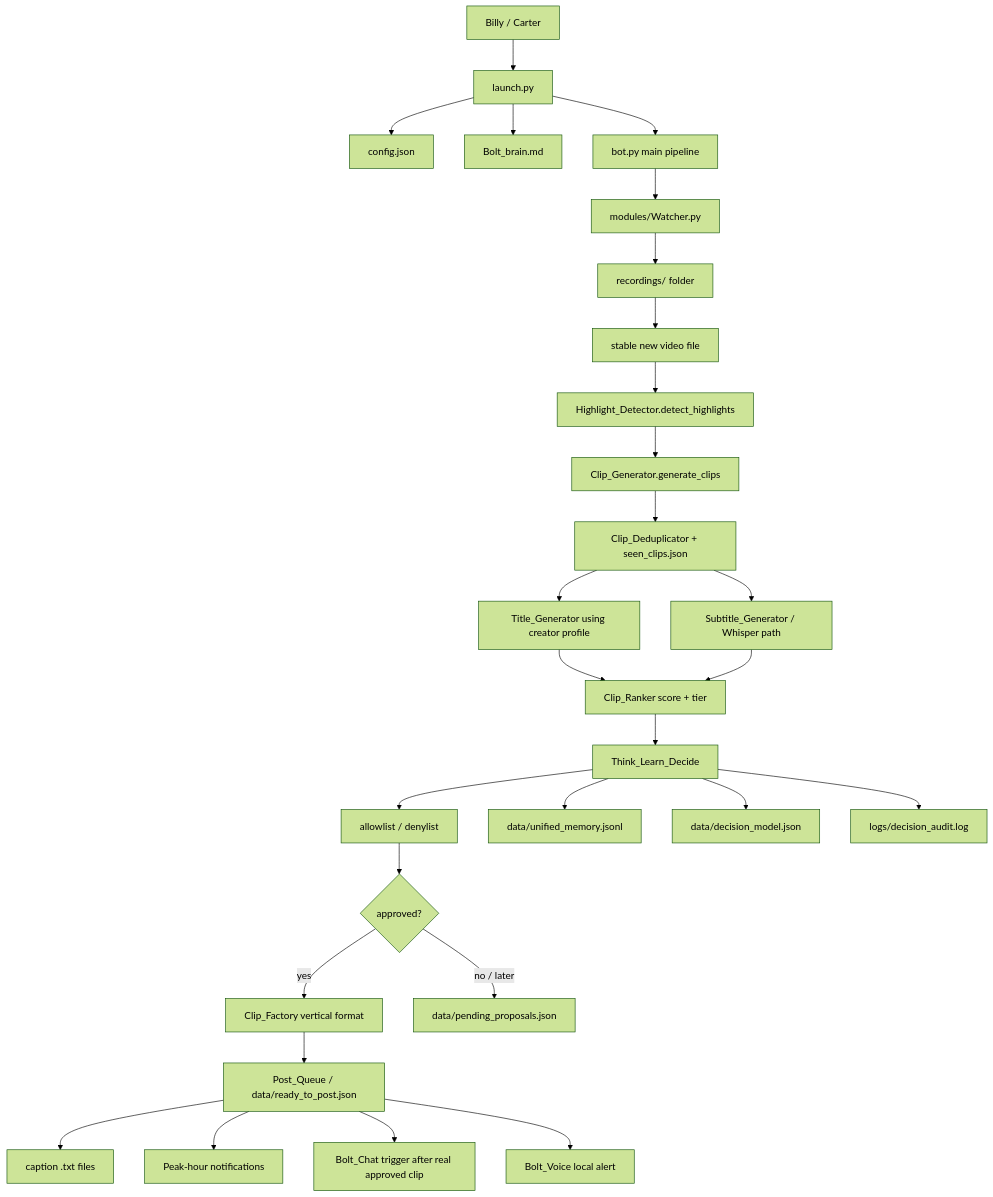
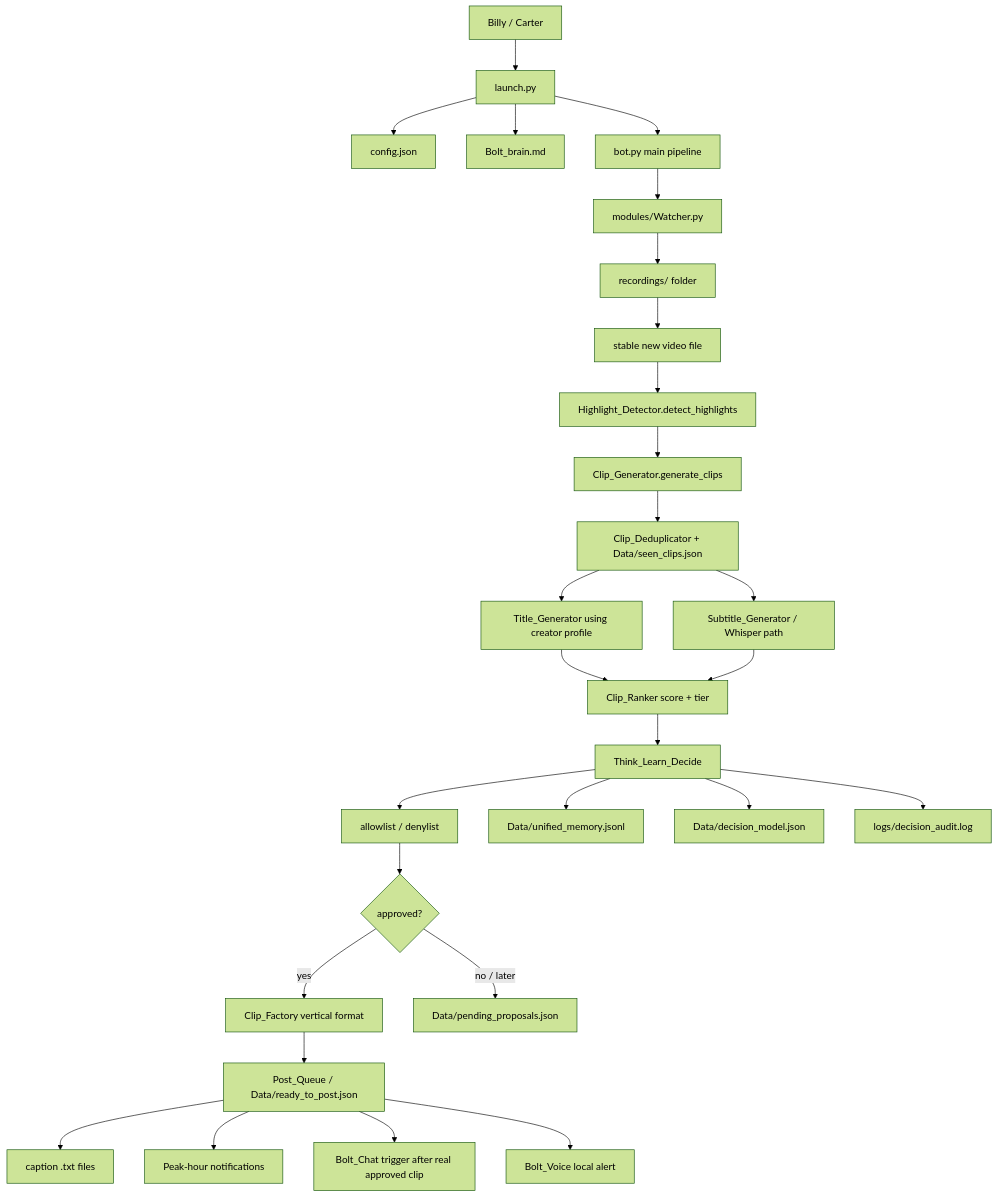
One commit to BillyThunderstorm/Bolt changed the first of 5 diagrams in docs/upgrade/BOLT_PROCESS_ROADMAP.md. Above: the diagram before and after it, drawn with Mermaid (forest theme). The commit also changed other lines of this file and 13 other files, not shown here.

First line of the commit message:
Bolt CLI aliases + drift fixes across seen_clips.json and Peak_Hour_Notifier

````diff
--- a/docs/upgrade/BOLT_PROCESS_ROADMAP.md
+++ b/docs/upgrade/BOLT_PROCESS_ROADMAP.md
@@ -22,35 +22,35 @@
 ```mermaid
 flowchart TD
     User[Billy / Carter] --> Launcher[launch.py]
     Launcher --> Config[config.json]
     Launcher --> BrainProfile[Bolt_brain.md]
     Launcher --> Bot[bot.py main pipeline]
 
     Bot --> Watcher[modules/Watcher.py]
     Watcher --> Recordings[recordings/ folder]
     Recordings --> StableFile[stable new video file]
 
     StableFile --> Detect[Highlight_Detector.detect_highlights]
     Detect --> ClipGen[Clip_Generator.generate_clips]
-    ClipGen --> Dedup[Clip_Deduplicator + seen_clips.json]
+    ClipGen --> Dedup[Clip_Deduplicator + Data/seen_clips.json]
     Dedup --> Titles[Title_Generator using creator profile]
     Dedup --> Subtitles[Subtitle_Generator / Whisper path]
     Titles --> Rank[Clip_Ranker score + tier]
     Subtitles --> Rank
 
     Rank --> Decision[Think_Learn_Decide]
     Decision --> Policy[allowlist / denylist]
     Policy --> Approval{approved?}
     Approval -->|yes| Format[Clip_Factory vertical format]
-    Approval -->|no / later| Pending[data/pending_proposals.json]
+    Approval -->|no / later| Pending[Data/pending_proposals.json]
 
-    Format --> Queue[Post_Queue / data/ready_to_post.json]
+    Format --> Queue[Post_Queue / Data/ready_to_post.json]
     Queue --> Captions[caption .txt files]
     Queue --> Alerts[Peak-hour notifications]
     Queue --> Chat[Bolt_Chat trigger after real approved clip]
     Queue --> Voice[Bolt_Voice local alert]
 
-    Decision --> Memory[data/unified_memory.jsonl]
-    Decision --> Model[data/decision_model.json]
+    Decision --> Memory[Data/unified_memory.jsonl]
+    Decision --> Model[Data/decision_model.json]
     Decision --> Audit[logs/decision_audit.log]
 ```
````
